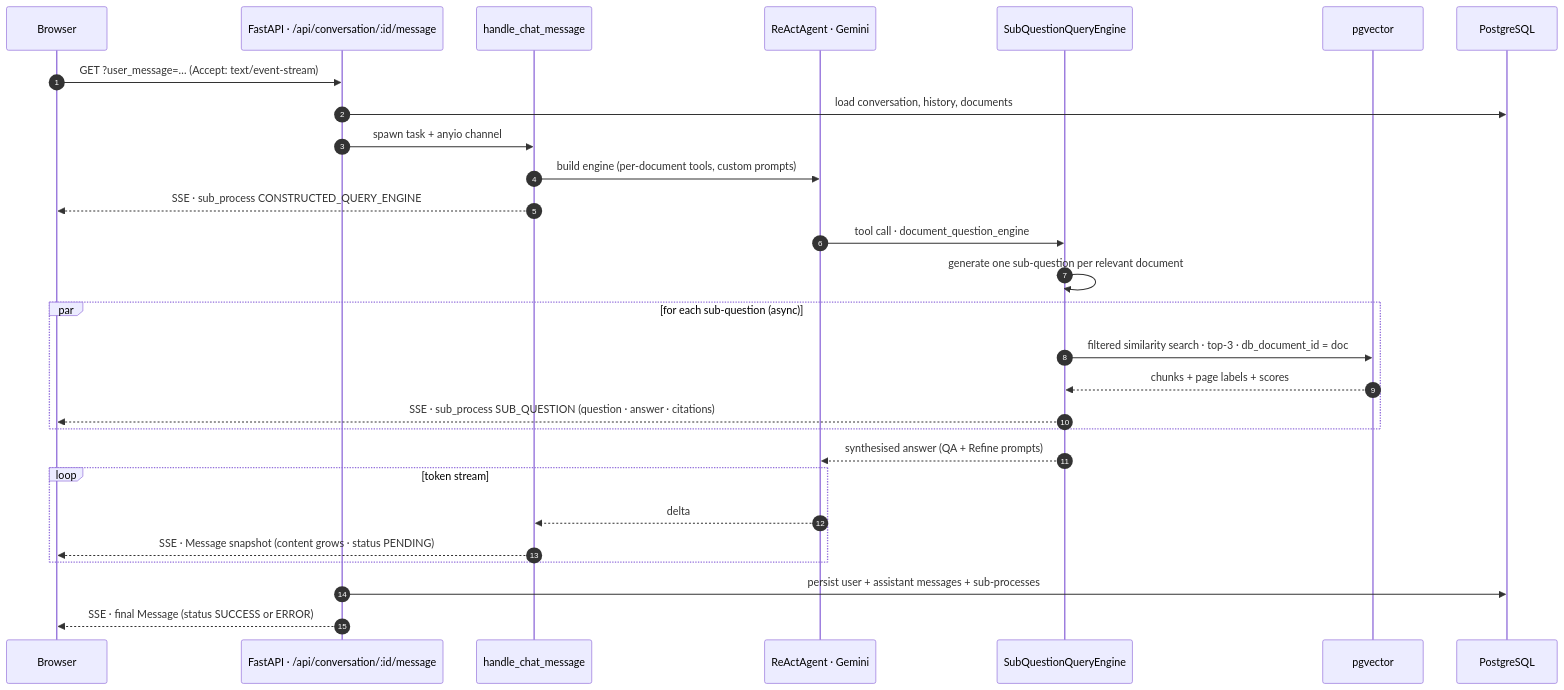
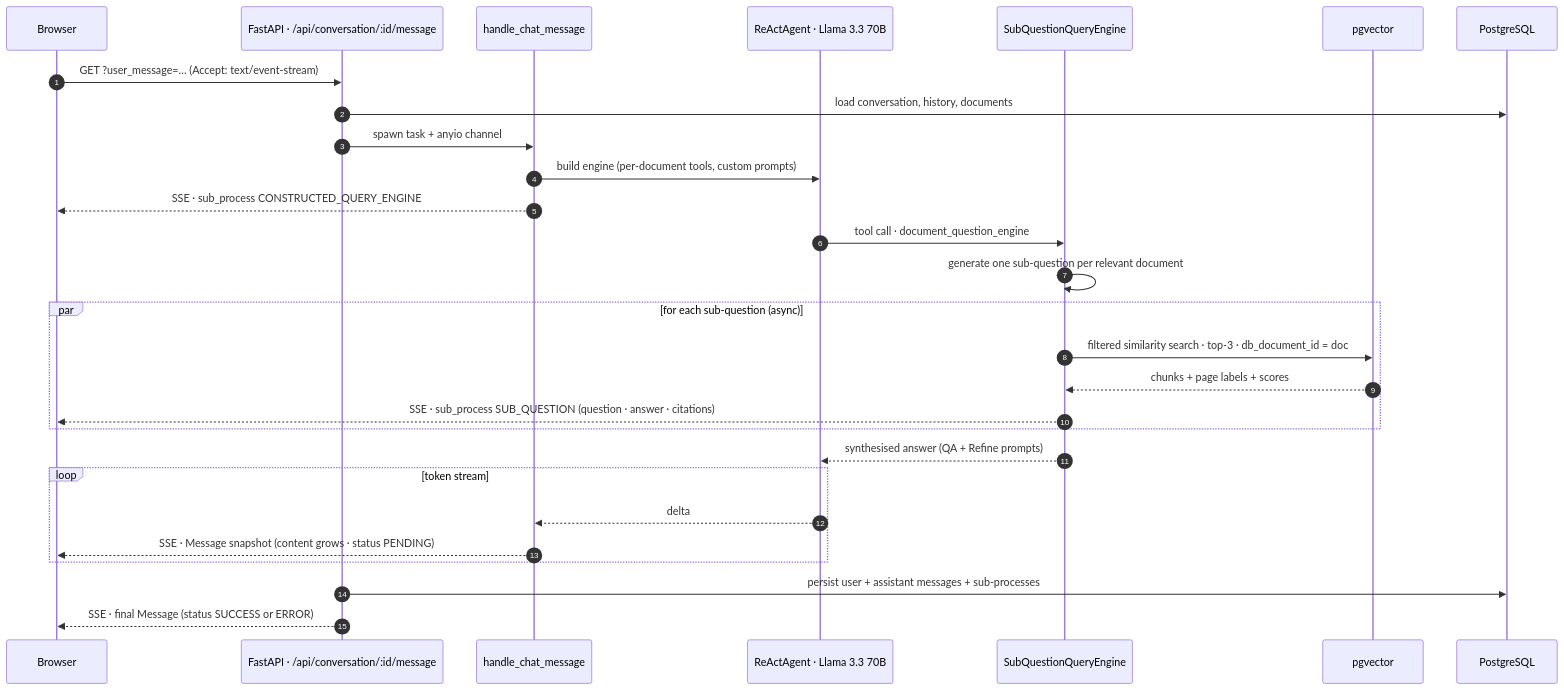
One commit to ajinkyad015/fincite changed the second of 3 diagrams in README.md. Above: the diagram before and after it, drawn with Mermaid. The commit also changed other lines of this file and 27 other files, not shown here.

````diff
--- a/README.md
+++ b/README.md
@@ -176,31 +176,31 @@
 ```mermaid
 sequenceDiagram
     autonumber
     participant U as Browser
     participant API as FastAPI · /api/conversation/:id/message
     participant H as handle_chat_message
-    participant A as ReActAgent · Gemini
+    participant A as ReActAgent · Llama 3.3 70B
     participant S as SubQuestionQueryEngine
     participant V as pgvector
     participant DB as PostgreSQL
 
     U->>API: GET ?user_message=… (Accept: text/event-stream)
     API->>DB: load conversation, history, documents
     API->>H: spawn task + anyio channel
     H->>A: build engine (per-document tools, custom prompts)
     H-->>U: SSE · sub_process CONSTRUCTED_QUERY_ENGINE
     A->>S: tool call · document_question_engine
     S->>S: generate one sub-question per relevant document
     par for each sub-question (async)
         S->>V: filtered similarity search · top-3 · db_document_id = doc
         V-->>S: chunks + page labels + scores
         S-->>U: SSE · sub_process SUB_QUESTION (question · answer · citations)
     end
     S-->>A: synthesised answer (QA + Refine prompts)
     loop token stream
         A-->>H: delta
         H-->>U: SSE · Message snapshot (content grows · status PENDING)
     end
     API->>DB: persist user + assistant messages + sub-processes
     API-->>U: SSE · final Message (status SUCCESS or ERROR)
 ```
````
